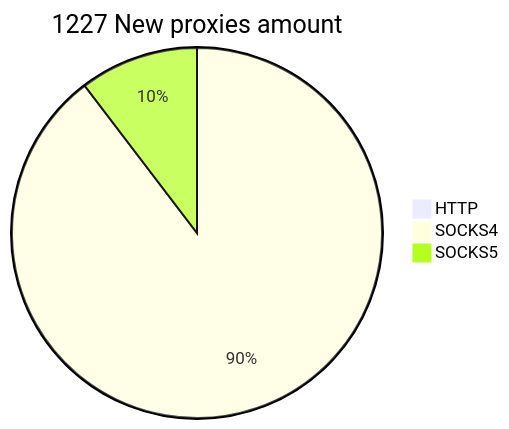
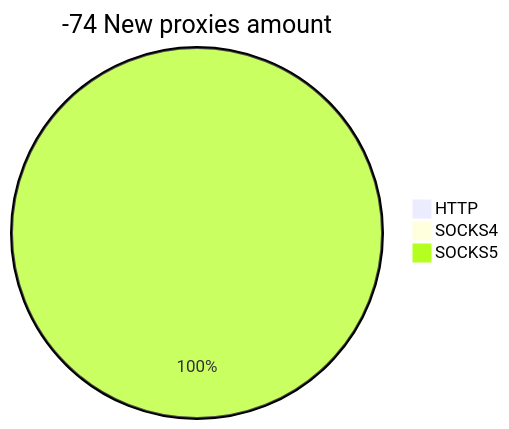
The second of 2 diagrams in README.md (cutipu/proxylist), drawn with Mermaid before and after one commit. The commit also changed other lines of this file, not shown here.

````diff
--- a/README.md
+++ b/README.md
@@ -10,6 +10,6 @@
 ```mermaid
-pie title 1227 New proxies amount
+pie title -74 New proxies amount
     "HTTP" : 0
-    "SOCKS4" : 1158
-    "SOCKS5" : 134
+    "SOCKS4" : 0
+    "SOCKS5" : 2
 ```
````
